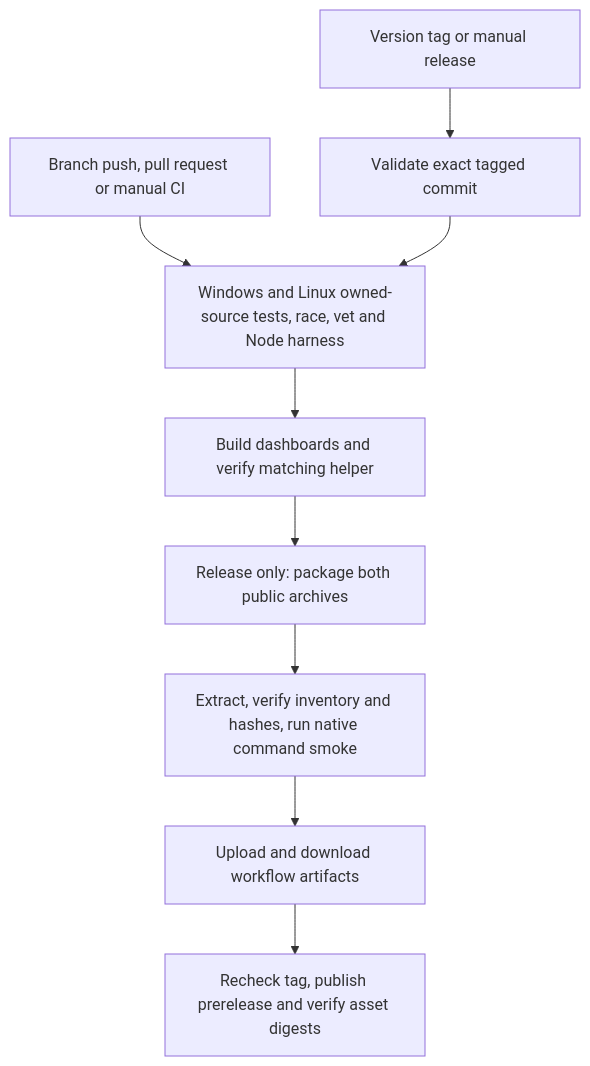
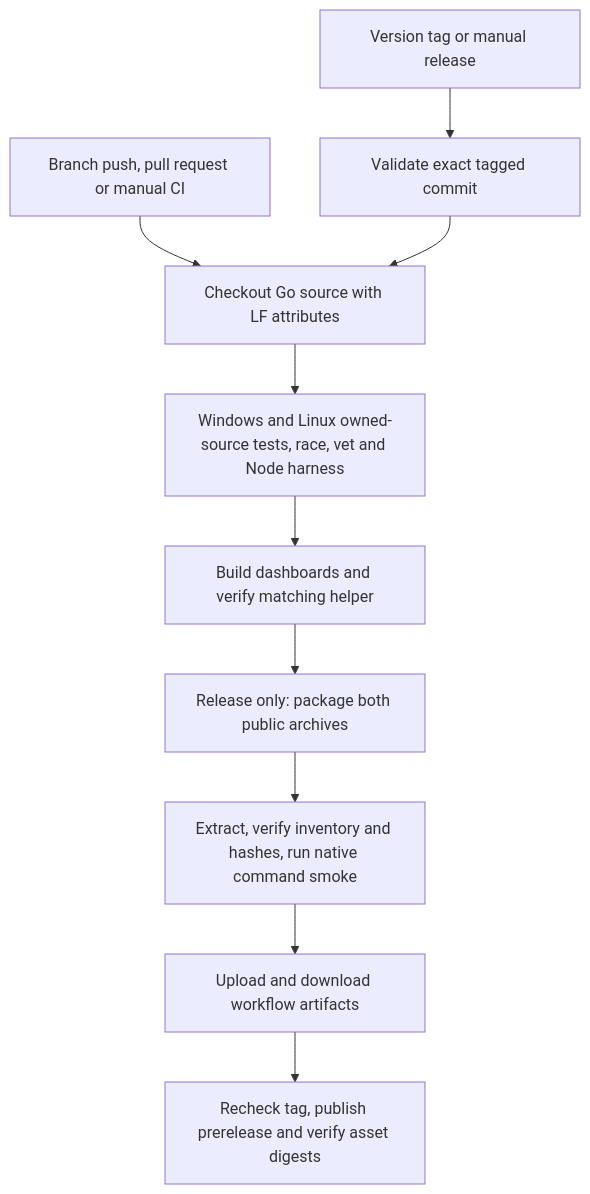
One commit to rashidbestry/sneaky-port changed the first of 30 diagrams in FLOWCHART.md. Above: the diagram before and after it, drawn with Mermaid. The commit also changed other lines of this file and 3 other files, not shown here.

````diff
--- a/FLOWCHART.md
+++ b/FLOWCHART.md
@@ -7,11 +7,12 @@
 ```mermaid
 flowchart TD
-    A[Branch push, pull request or manual CI] --> B[Windows and Linux owned-source tests, race, vet and Node harness]
+    A[Branch push, pull request or manual CI] --> L[Checkout Go source with LF attributes]
+    L --> B[Windows and Linux owned-source tests, race, vet and Node harness]
     T[Version tag or manual release] --> V[Validate exact tagged commit]
-    V --> B
+    V --> L
     B --> H[Build dashboards and verify matching helper]
     H --> P[Release only: package both public archives]
     P --> E[Extract, verify inventory and hashes, run native command smoke]
     E --> U[Upload and download workflow artifacts]
     U --> R[Recheck tag, publish prerelease and verify asset digests]
 ```
````
